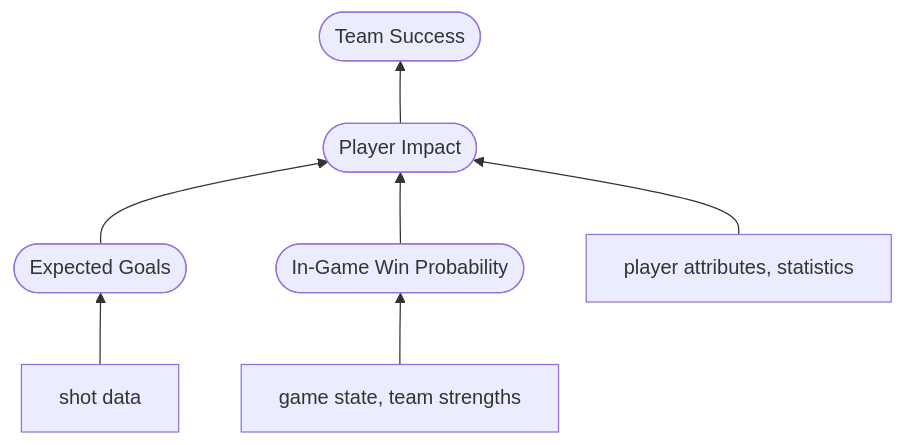
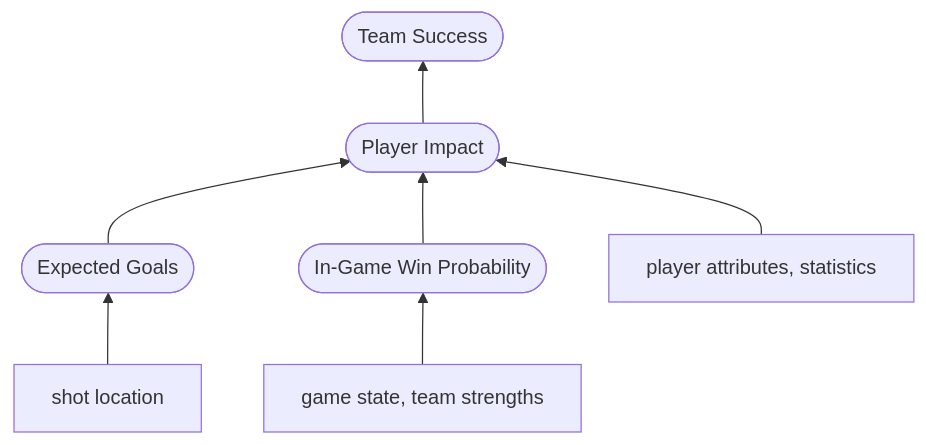
Before and after one commit to marshineer/Hockey-Analytics: the diagram in README.md, drawn with Mermaid.

````diff
--- a/README.md
+++ b/README.md
@@ -94,9 +94,9 @@
 ```mermaid
     flowchart BT;
     A([Expected Goals]) --> B([Player Impact]);
     C([In-Game Win Probability]) --> B;
     B --> D([Team Success]);
-    X[shot data] --> A;
+    X[shot location] --> A;
     Y[game state, team strengths] --> C;
     Z[player attributes, statistics] --> B;
 ```
````
